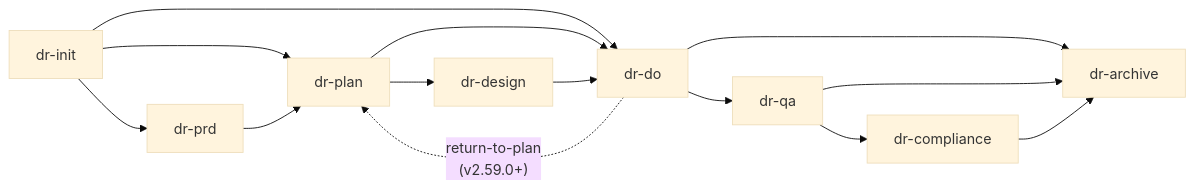
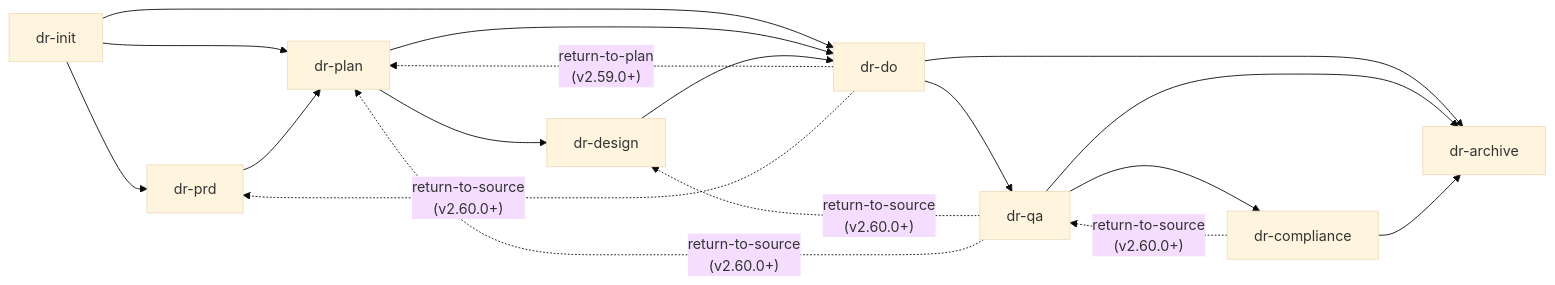
The first of 2 diagrams in skills/visual-maps/command-dependencies.md (Arcanada-one/datarim), drawn with Mermaid (base theme) before and after one commit. The commit also changed 10 other files, not shown here.

First line of the commit message:
feat(immutability): extend immutability + return-to-plan contract to all pipeline stages (TUNE-0518)

````diff
--- a/skills/visual-maps/command-dependencies.md
+++ b/skills/visual-maps/command-dependencies.md
@@ -10,16 +10,20 @@
 ```mermaid
 graph LR
     dr-init --> dr-prd
     dr-init --> dr-plan
     dr-init --> dr-do
     dr-prd --> dr-plan
     dr-plan --> dr-design
     dr-plan --> dr-do
     dr-design --> dr-do
     dr-do --> dr-qa
     dr-do --> dr-archive
     dr-qa --> dr-compliance
     dr-qa --> dr-archive
     dr-compliance --> dr-archive
     dr-do -.->|"return-to-plan<br>(v2.59.0+)"| dr-plan
+    dr-do -.->|"return-to-source<br>(v2.60.0+)"| dr-prd
+    dr-qa -.->|"return-to-source<br>(v2.60.0+)"| dr-design
+    dr-qa -.->|"return-to-source<br>(v2.60.0+)"| dr-plan
+    dr-compliance -.->|"return-to-source<br>(v2.60.0+)"| dr-qa
 ```
````
